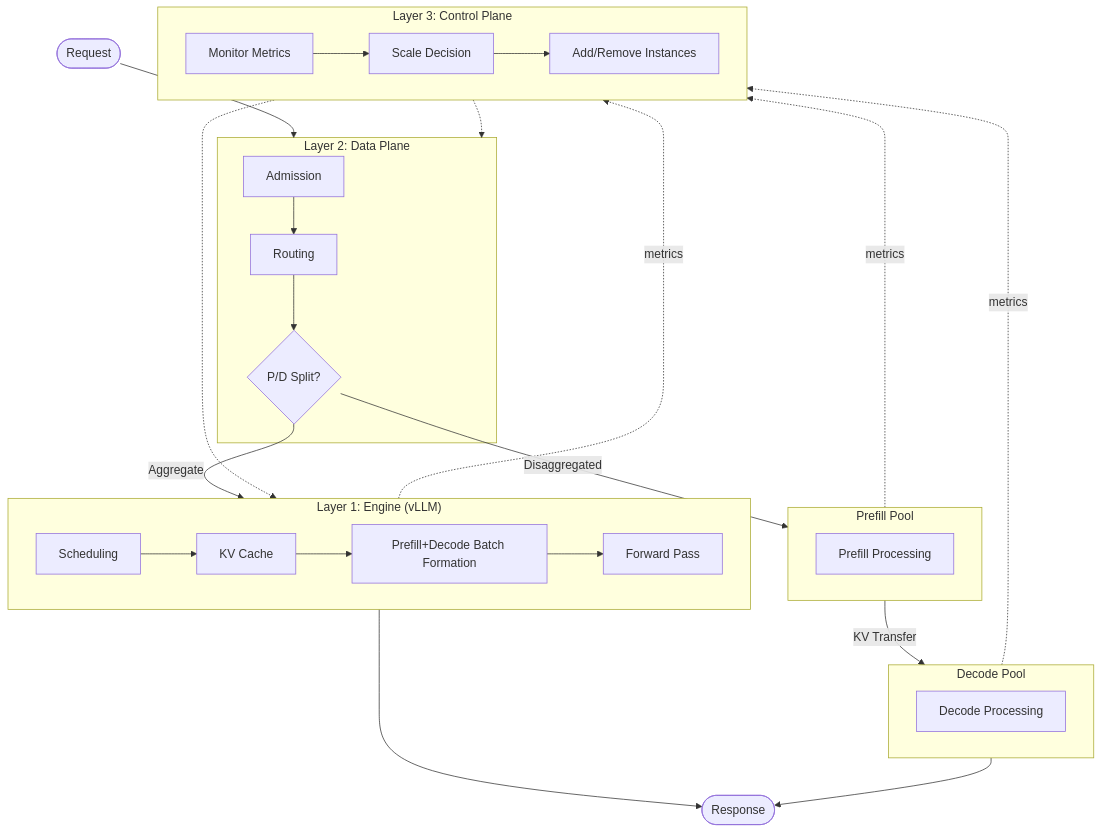
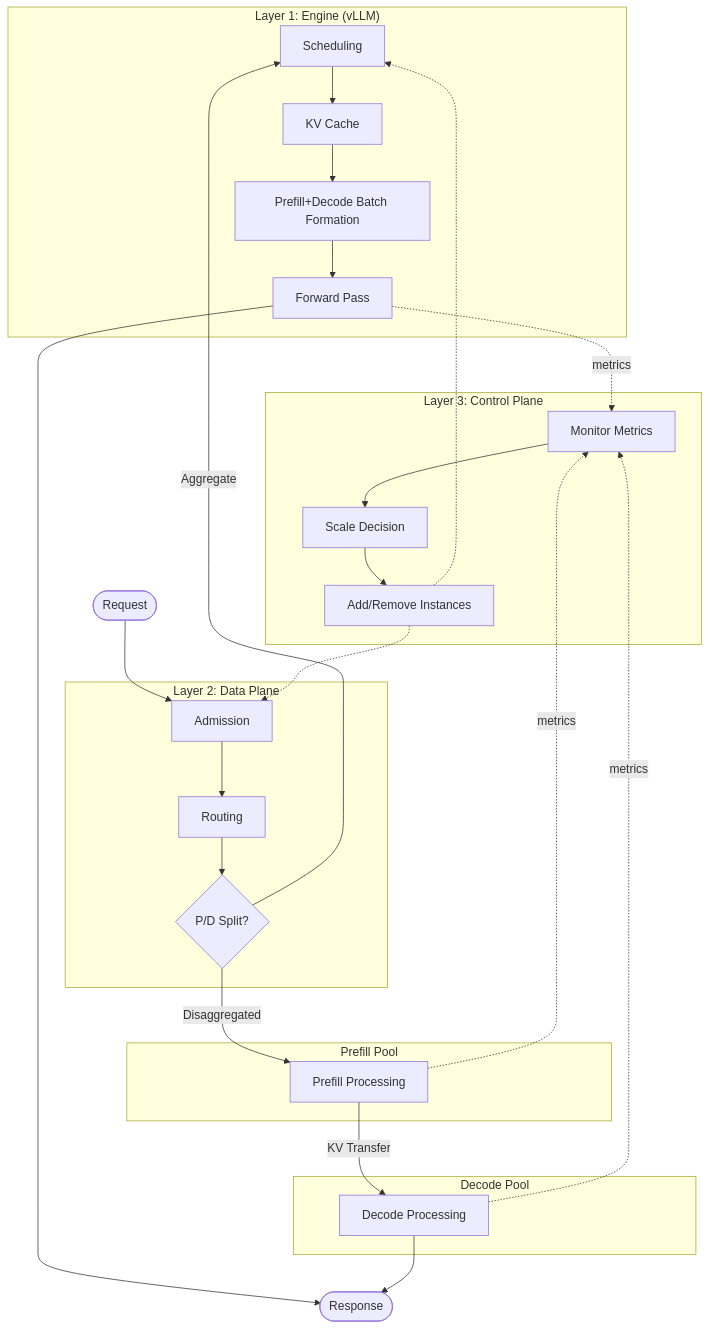
The first of 3 diagrams in docs/blog/posts/building-trust-physics-of-simulation.md (inference-sim/inference-sim), drawn with Mermaid before and after one commit.

Commit message:
docs(blog): fix mermaid diagram arrow rendering issues
Connect arrows to specific nodes instead of subgraphs to avoid
weird path rendering. Changes:
- Request → Admit (not Layer2)
- PD → Sched (not Layer1)
- Step → Response (not Layer1 → Response)
- Actuate → Admit/Sched (not Layer3 → Layer2/Layer1)
- Step/PF/Dec → Monitor (not Layer1/PrefillPool/DecodePool → Layer3)

Fixes namasluk's review comment about arrows following weird paths.

````diff
--- a/docs/blog/posts/building-trust-physics-of-simulation.md
+++ b/docs/blog/posts/building-trust-physics-of-simulation.md
@@ -45,45 +45,45 @@
 ```mermaid
 flowchart TB
     subgraph Layer1["Layer 1: Engine (vLLM)"]
         Sched[Scheduling]
         KV[KV Cache]
         Batch[Prefill+Decode Batch Formation]
         Step[Forward Pass]
         Sched --> KV --> Batch --> Step
     end
 
     subgraph Layer2["Layer 2: Data Plane"]
         Admit[Admission]
         Route[Routing]
         PD{P/D Split?}
         Admit --> Route
         Route --> PD
     end
 
     subgraph PrefillPool["Prefill Pool"]
         PF[Prefill Processing]
     end
 
     subgraph DecodePool["Decode Pool"]
         Dec[Decode Processing]
     end
 
     subgraph Layer3["Layer 3: Control Plane"]
         Monitor[Monitor Metrics]
         Decide[Scale Decision]
         Actuate[Add/Remove Instances]
         Monitor --> Decide --> Actuate
     end
 
-    Request([Request]) --> Layer2
-    PD -->|Aggregate| Layer1
-    PD -->|Disaggregated| PrefillPool
-    PrefillPool -->|KV Transfer| DecodePool
-    Layer1 --> Response([Response])
-    DecodePool --> Response
-    Layer3 -.-> Layer2
-    Layer3 -.-> Layer1
-    Layer1 -.->|metrics| Layer3
-    PrefillPool -.->|metrics| Layer3
-    DecodePool -.->|metrics| Layer3
+    Request([Request]) --> Admit
+    PD -->|Aggregate| Sched
+    PD -->|Disaggregated| PF
+    PF -->|KV Transfer| Dec
+    Step --> Response([Response])
+    Dec --> Response
+    Actuate -.-> Admit
+    Actuate -.-> Sched
+    Step -.->|metrics| Monitor
+    PF -.->|metrics| Monitor
+    Dec -.->|metrics| Monitor
 ```
````
